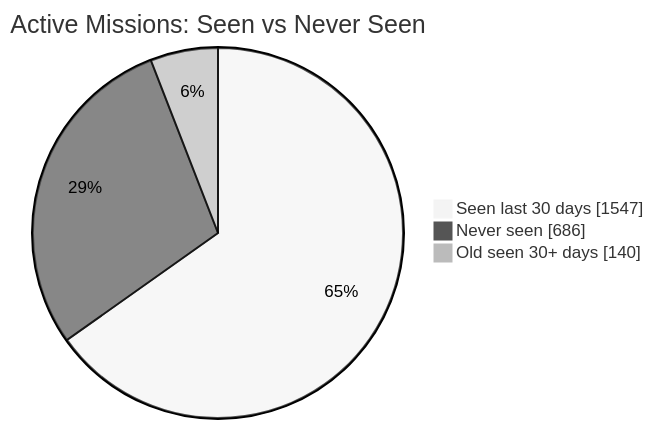
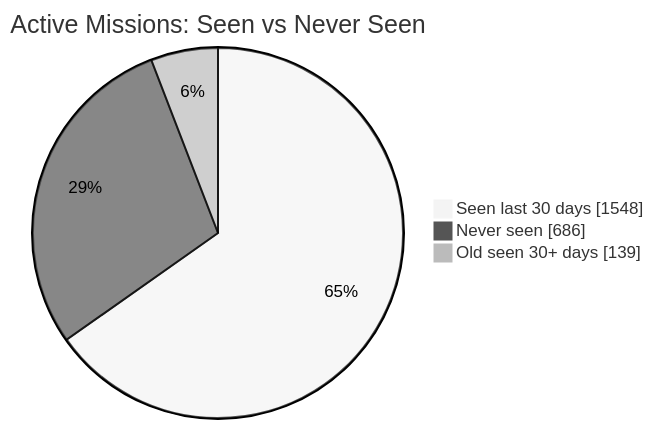
One commit to MeldkamerspelGameTeam/active-missions changed the first of 2 diagrams in README.md. Above: the diagram before and after it, drawn with Mermaid (neutral theme). The commit also changed other lines of this file and 2 other files, not shown here.

````diff
--- a/README.md
+++ b/README.md
@@ -34,7 +34,7 @@
 ```mermaid
 pie showData
     title Active Missions: Seen vs Never Seen
-    "Seen last 30 days" : 1547
+    "Seen last 30 days" : 1548
     "Never seen" : 686
-    "Old seen 30+ days" : 140
+    "Old seen 30+ days" : 139
 ```
````
